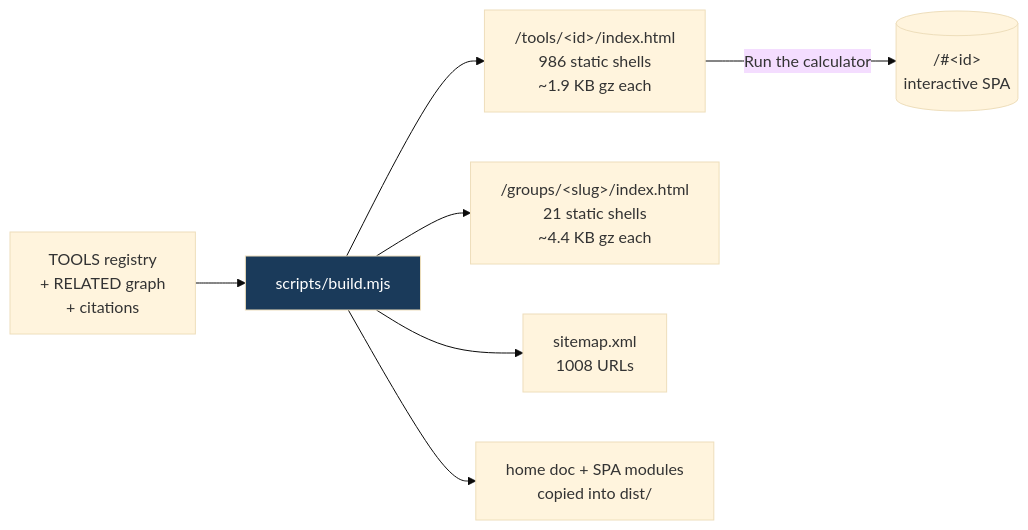
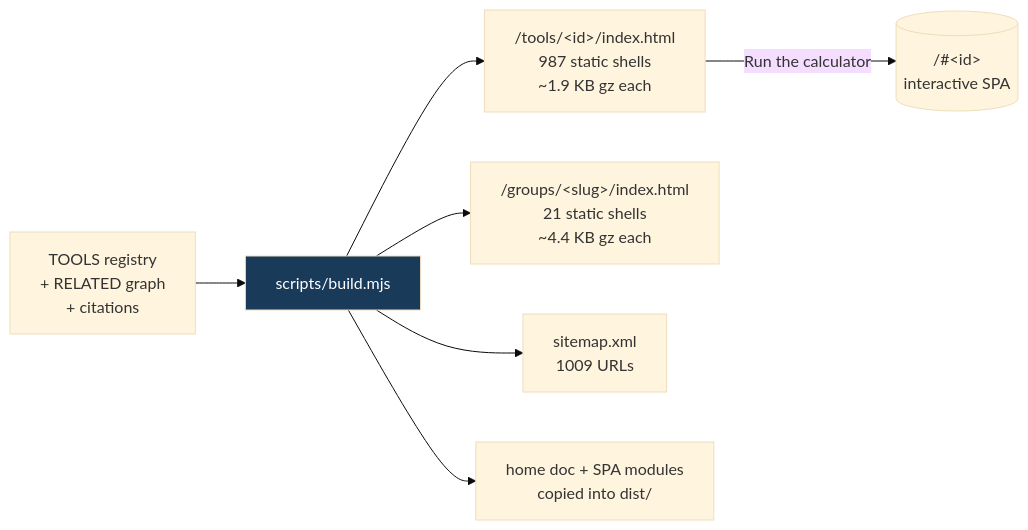
The fifth of 8 diagrams in README.md (clay-good/roughlogic.com), drawn with Mermaid (base theme) before and after one commit. The commit also changed other lines of this file and 13 other files, not shown here.

````diff
--- a/README.md
+++ b/README.md
@@ -495,10 +495,10 @@
 ```mermaid
 flowchart LR
     SRC[TOOLS registry\n+ RELATED graph\n+ citations] --> BUILD[scripts/build.mjs]
-    BUILD --> TILE["/tools/&lt;id&gt;/index.html\n986 static shells\n~1.9 KB gz each"]
+    BUILD --> TILE["/tools/&lt;id&gt;/index.html\n987 static shells\n~1.9 KB gz each"]
     BUILD --> GROUP["/groups/&lt;slug&gt;/index.html\n21 static shells\n~4.4 KB gz each"]
-    BUILD --> MAP["sitemap.xml\n1008 URLs"]
+    BUILD --> MAP["sitemap.xml\n1009 URLs"]
     BUILD --> COPY[home doc + SPA modules\ncopied into dist/]
     TILE -->|Run the calculator| SPA[("/#&lt;id&gt;\ninteractive SPA")]
     style BUILD fill:#1a3a5a,color:#fff
 ```
````
